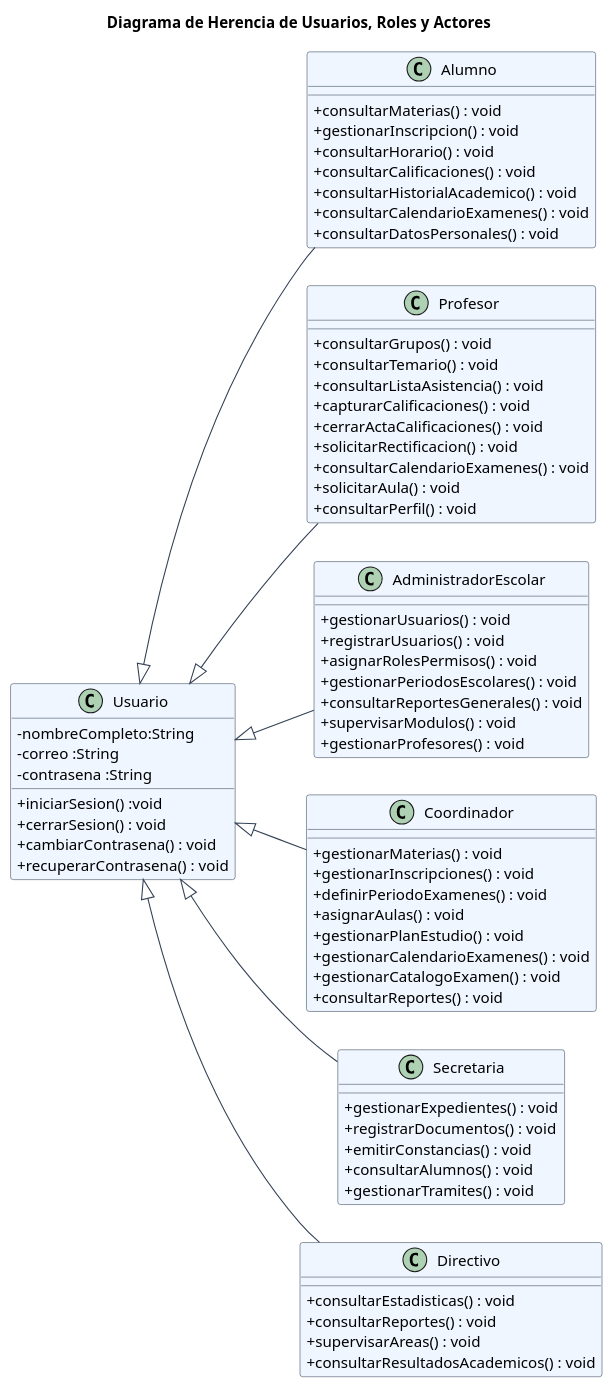
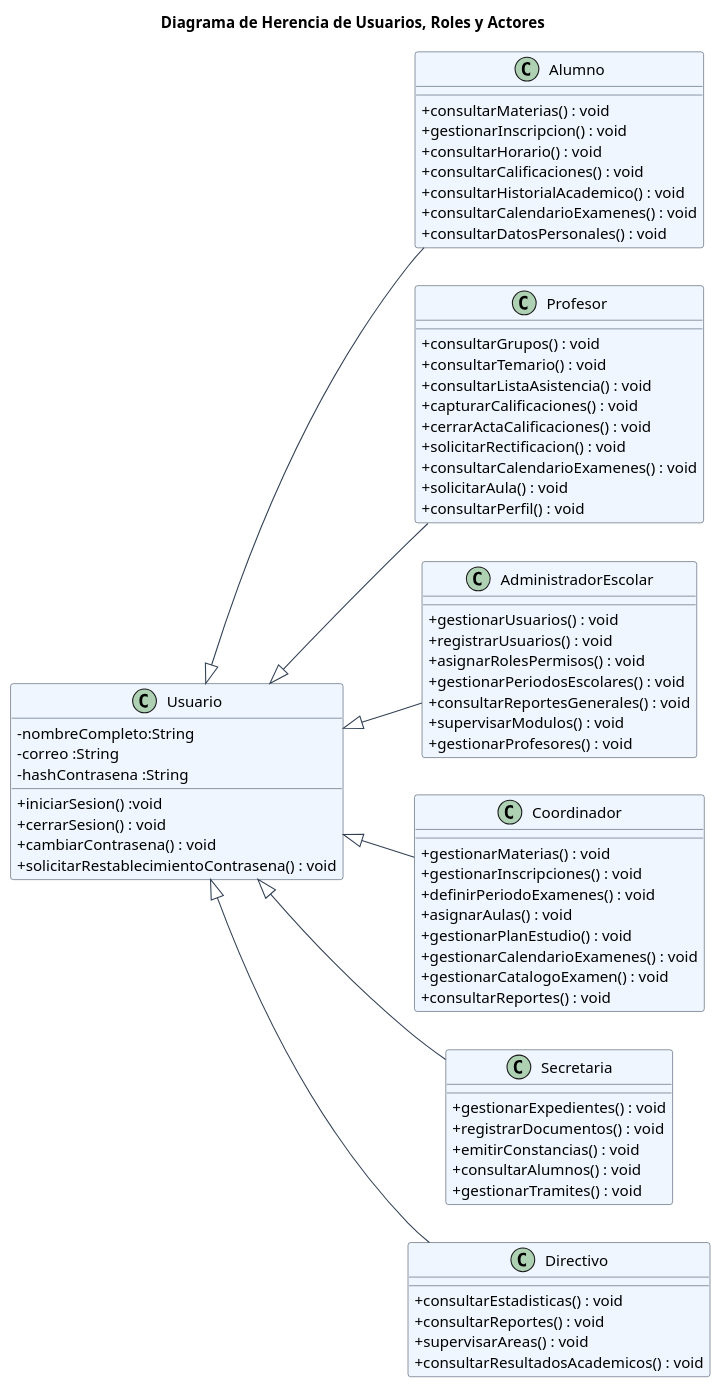
One commit to Sudo-pacman-Rootkit/26b_is1_proyecto-final changed the diagram in Diagrama_De_Herencia.puml. Above: the diagram before and after it, drawn with PlantUML.

Commit message:
Refactor Usuario class and update method names
Updated the class 'Usuario' to use 'hashContrasena' and modified the method 'recuperarContrasena' to 'solicitarRestablecimientoContrasena'.

```diff
--- a/Diagrama_De_Herencia.puml
+++ b/Diagrama_De_Herencia.puml
@@ -2,89 +2,89 @@
 @startuml
 
 title Diagrama de Herencia de Usuarios, Roles y Actores
 left to right direction
 
 skinparam classAttributeIconSize 0
 skinparam shadowing false
 skinparam class {
     BackgroundColor #EFF6FF
     BorderColor #334155
     ArrowColor #334155
 }
 
 class Usuario {
     - nombreCompleto:String
     - correo :String
-    - contrasena :String
-    + iniciarSesion() :void
-    + cerrarSesion() : void
-    + cambiarContrasena() : void
-    + recuperarContrasena() : void
+    - hashContrasena :String
+   + iniciarSesion() :void
+   + cerrarSesion() : void
+   + cambiarContrasena() : void
+   + solicitarRestablecimientoContrasena() : void
 }
 
 class Alumno {
     + consultarMaterias() : void
     + gestionarInscripcion() : void
     + consultarHorario() : void
     + consultarCalificaciones() : void
     + consultarHistorialAcademico() : void
     + consultarCalendarioExamenes() : void
     + consultarDatosPersonales() : void
 }
 
 class Profesor {
     + consultarGrupos() : void
     + consultarTemario() : void
     + consultarListaAsistencia() : void
     + capturarCalificaciones() : void
     + cerrarActaCalificaciones() : void
     + solicitarRectificacion() : void
     + consultarCalendarioExamenes() : void
     + solicitarAula() : void
     + consultarPerfil() : void
 }
 
 class AdministradorEscolar {
     + gestionarUsuarios() : void
     + registrarUsuarios() : void
     + asignarRolesPermisos() : void
     + gestionarPeriodosEscolares() : void
     + consultarReportesGenerales() : void
     + supervisarModulos() : void
     + gestionarProfesores() : void
 }
 
 class Coordinador {
     + gestionarMaterias() : void
     + gestionarInscripciones() : void
     + definirPeriodoExamenes() : void
     + asignarAulas() : void
     + gestionarPlanEstudio() : void
     + gestionarCalendarioExamenes() : void
     + gestionarCatalogoExamen() : void
     + consultarReportes() : void
 }
 
 class Secretaria {
     + gestionarExpedientes() : void
     + registrarDocumentos() : void
     + emitirConstancias() : void
     + consultarAlumnos() : void
     + gestionarTramites() : void
 }
 
 class Directivo {
     + consultarEstadisticas() : void
     + consultarReportes() : void
     + supervisarAreas() : void
     + consultarResultadosAcademicos() : void
 }
 
 Usuario <|-- Alumno
 Usuario <|-- Profesor
 Usuario <|-- AdministradorEscolar
 Usuario <|-- Coordinador
 Usuario <|-- Secretaria
 Usuario <|-- Directivo
 
 @enduml
```
